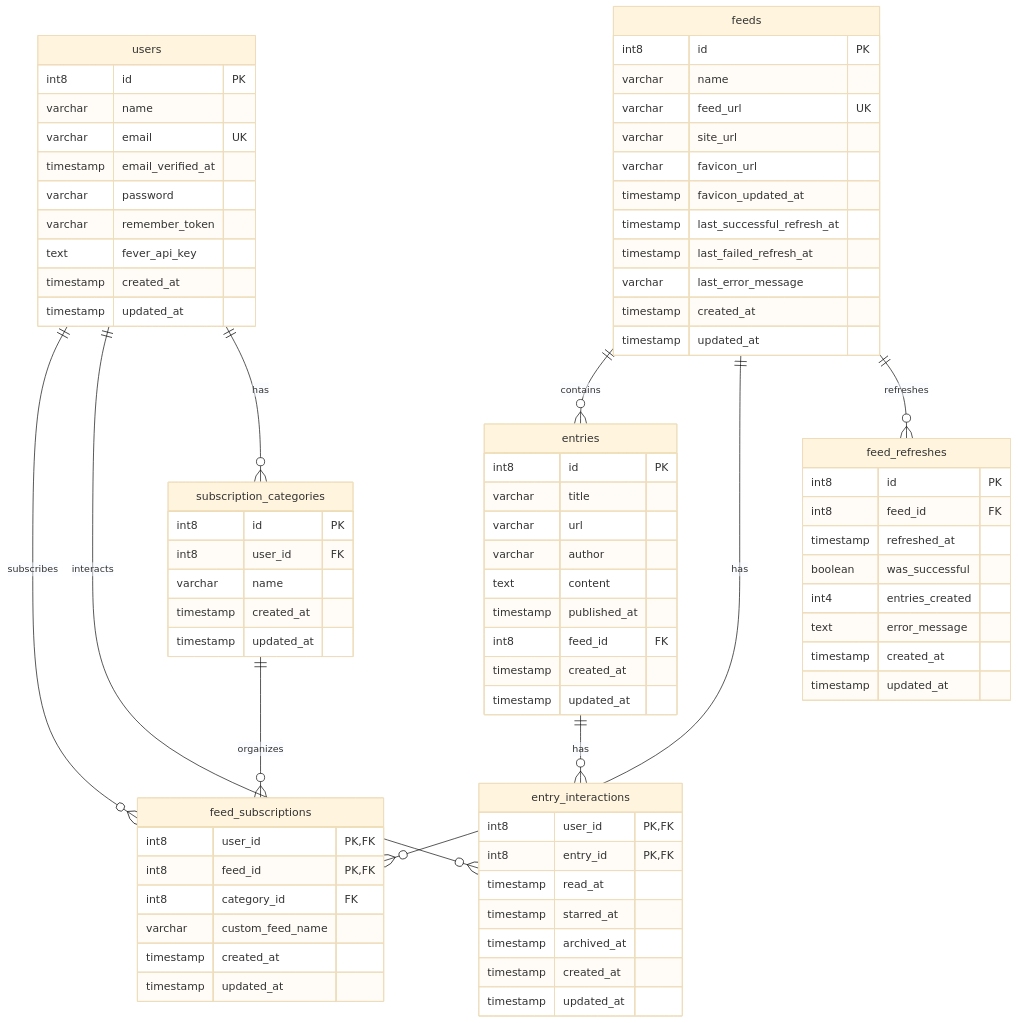
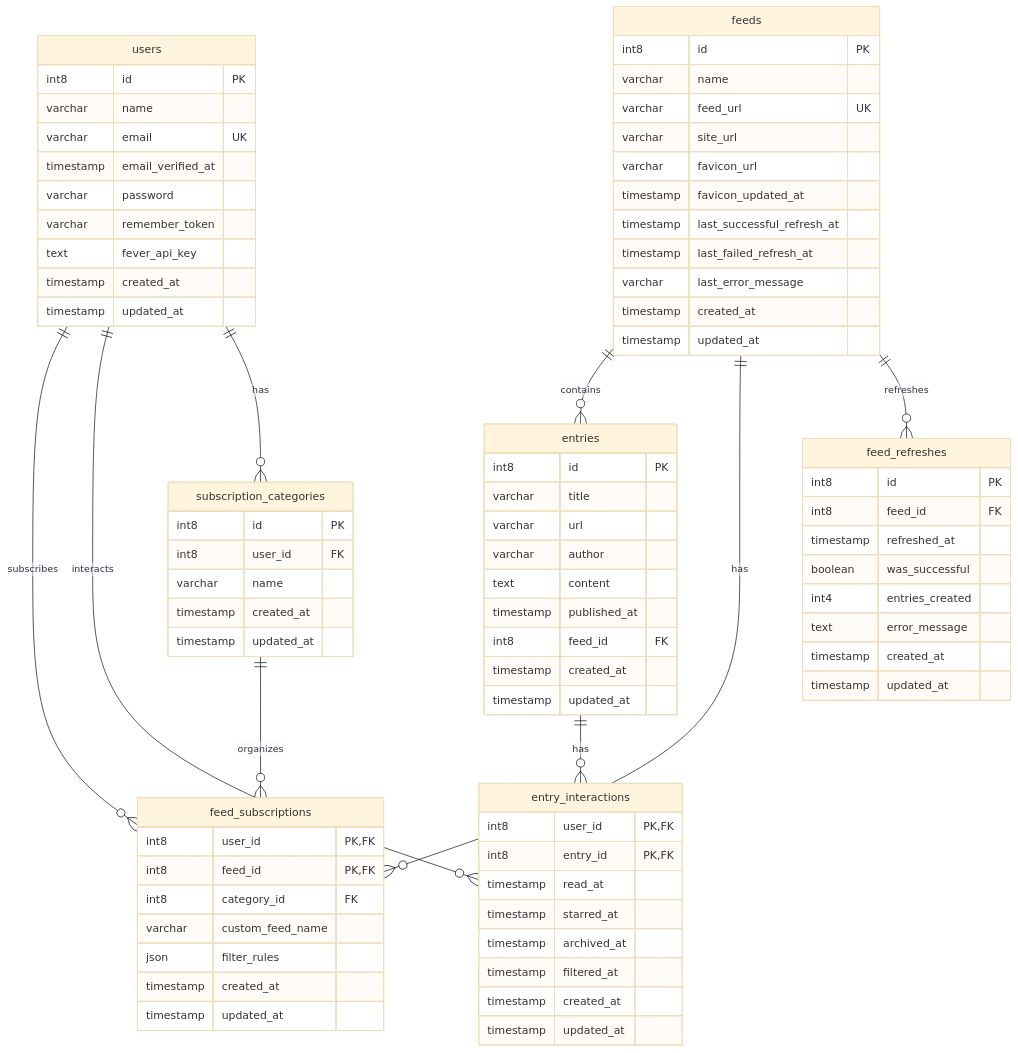
The diagram in README.md (angristan/larafeed), drawn with Mermaid (base theme) before and after one commit. The commit also changed other lines of this file and 15 other files, not shown here.

```diff
--- a/README.md
+++ b/README.md
@@ -121,6 +122,7 @@
         int8 feed_id PK,FK
         int8 category_id FK
         varchar custom_feed_name
+        json filter_rules
         timestamp created_at
         timestamp updated_at
     }
@@ -139,6 +141,7 @@
         timestamp read_at
         timestamp starred_at
         timestamp archived_at
+        timestamp filtered_at
         timestamp created_at
         timestamp updated_at
     }
```
